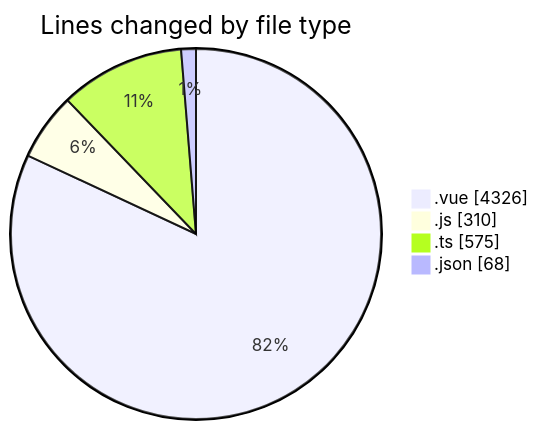
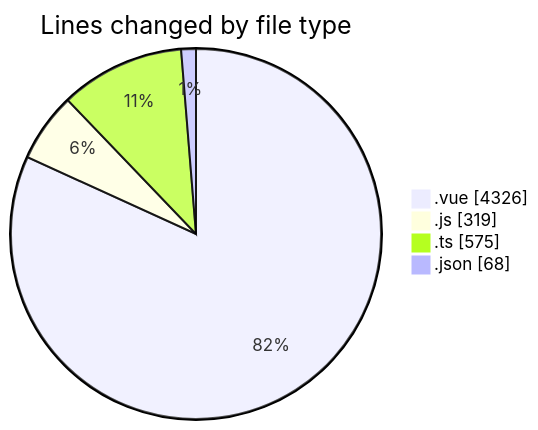
The first of 2 diagrams in 2025-08-12/rentotp/README.md (lephambinh05/code-tracking), drawn with Mermaid before and after one commit. The commit also changed other lines of this file and 1 other file, not shown here.

````diff
--- a/2025-08-12/rentotp/README.md
+++ b/2025-08-12/rentotp/README.md
@@ -36,8 +36,8 @@
 ```mermaid
 pie showData
 title Lines changed by file type
 ".vue" : 4326
-".js" : 310
+".js" : 319
 ".ts" : 575
 ".json" : 68
 ```
````
